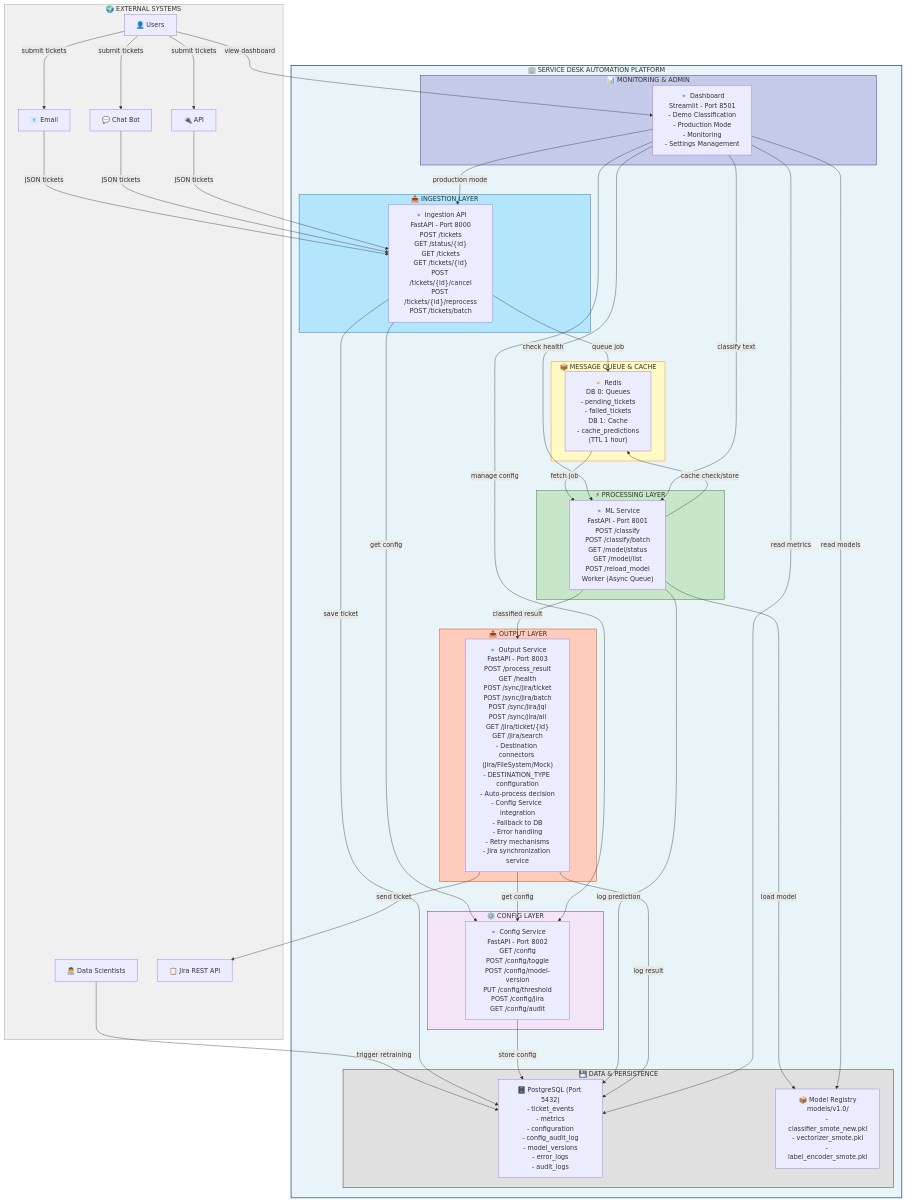
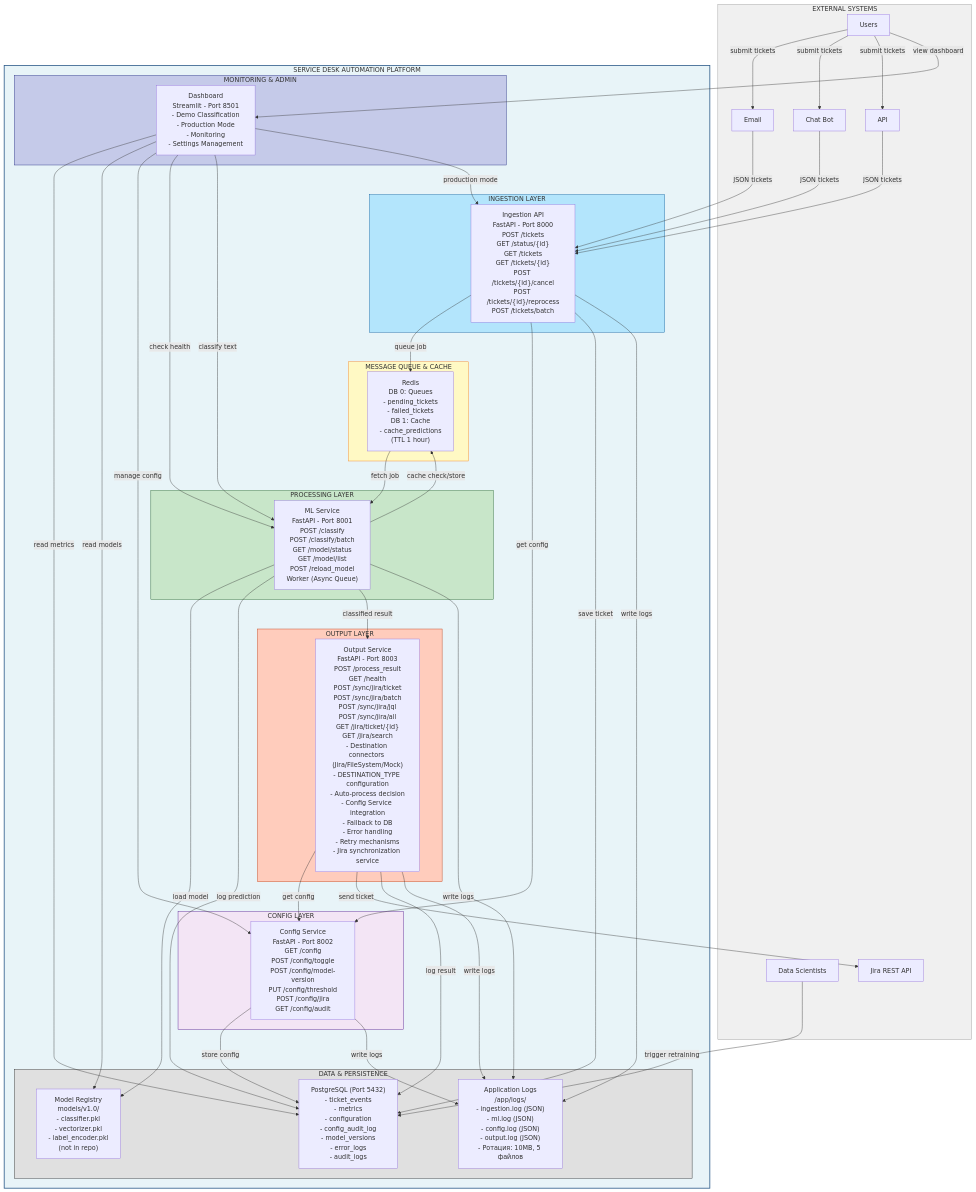
Before and after one commit to JungleAll/service-desk-classifier: the first of 6 diagrams in ARCHITECTURE.md, drawn with Mermaid. The commit also changed other lines of this file and 49 other files, not shown here.

Commit message:
Initial commit: ML platform for Service Desk ticket classification

````diff
--- a/ARCHITECTURE.md
+++ b/ARCHITECTURE.md
@@ -12,42 +11,43 @@
 ```mermaid
 graph TB
-    subgraph External["🌍 EXTERNAL SYSTEMS"]
-        Users["👤 Users"]
-        DataScientists["👨‍💻 Data Scientists"]
-        EmailSource["📧 Email"]
-        ChatSource["💬 Chat Bot"]
-        APISource["🔌 API"]
-        JiraSystem["📋 Jira REST API"]
+    subgraph External["EXTERNAL SYSTEMS"]
+        Users["Users"]
+        DataScientists["Data Scientists"]
+        EmailSource["Email"]
+        ChatSource["Chat Bot"]
+        APISource["API"]
+        JiraSystem["Jira REST API"]
     end
     
-    subgraph System["🏢 SERVICE DESK AUTOMATION PLATFORM"]
-        subgraph Ingestion["📥 INGESTION LAYER"]
-            IngestionAPI["🔹 Ingestion API<br/>FastAPI - Port 8000<br/>POST /tickets<br/>GET /status/{id}<br/>GET /tickets<br/>GET /tickets/{id}<br/>POST /tickets/{id}/cancel<br/>POST /tickets/{id}/reprocess<br/>POST /tickets/batch"]
+    subgraph System["SERVICE DESK AUTOMATION PLATFORM"]
+        subgraph Ingestion["INGESTION LAYER"]
+            IngestionAPI["Ingestion API<br/>FastAPI - Port 8000<br/>POST /tickets<br/>GET /status/{id}<br/>GET /tickets<br/>GET /tickets/{id}<br/>POST /tickets/{id}/cancel<br/>POST /tickets/{id}/reprocess<br/>POST /tickets/batch"]
         end
         
-        subgraph Queue["📦 MESSAGE QUEUE & CACHE"]
-            Redis["🔸 Redis<br/>DB 0: Queues<br/>- pending_tickets<br/>- failed_tickets<br/>DB 1: Cache<br/>- cache_predictions<br/>(TTL 1 hour)"]
+        subgraph Queue["MESSAGE QUEUE & CACHE"]
+            Redis["Redis<br/>DB 0: Queues<br/>- pending_tickets<br/>- failed_tickets<br/>DB 1: Cache<br/>- cache_predictions<br/>(TTL 1 hour)"]
         end
         
-        subgraph Config["⚙️ CONFIG LAYER"]
-            ConfigAPI["🔹 Config Service<br/>FastAPI - Port 8002<br/>GET /config<br/>POST /config/toggle<br/>POST /config/model-version<br/>PUT /config/threshold<br/>POST /config/jira<br/>GET /config/audit"]
+        subgraph Config["CONFIG LAYER"]
+            ConfigAPI["Config Service<br/>FastAPI - Port 8002<br/>GET /config<br/>POST /config/toggle<br/>POST /config/model-version<br/>PUT /config/threshold<br/>POST /config/jira<br/>GET /config/audit"]
         end
         
-        subgraph Processing["⚡ PROCESSING LAYER"]
-            MLService["🔹 ML Service<br/>FastAPI - Port 8001<br/>POST /classify<br/>POST /classify/batch<br/>GET /model/status<br/>GET /model/list<br/>POST /reload_model<br/>Worker (Async Queue)"]
+        subgraph Processing["PROCESSING LAYER"]
+            MLService["ML Service<br/>FastAPI - Port 8001<br/>POST /classify<br/>POST /classify/batch<br/>GET /model/status<br/>GET /model/list<br/>POST /reload_model<br/>Worker (Async Queue)"]
         end
         
-        subgraph Output["📤 OUTPUT LAYER"]
-            OutputService["🔹 Output Service<br/>FastAPI - Port 8003<br/>POST /process_result<br/>GET /health<br/>POST /sync/jira/ticket<br/>POST /sync/jira/batch<br/>POST /sync/jira/jql<br/>POST /sync/jira/all<br/>GET /jira/ticket/{id}<br/>GET /jira/search<br/>- Destination connectors (Jira/FileSystem/Mock)<br/>- DESTINATION_TYPE configuration<br/>- Auto-process decision<br/>- Config Service integration<br/>- Fallback to DB<br/>- Error handling<br/>- Retry mechanisms<br/>- Jira synchronization service"]
+        subgraph Output["OUTPUT LAYER"]
+            OutputService["Output Service<br/>FastAPI - Port 8003<br/>POST /process_result<br/>GET /health<br/>POST /sync/jira/ticket<br/>POST /sync/jira/batch<br/>POST /sync/jira/jql<br/>POST /sync/jira/all<br/>GET /jira/ticket/{id}<br/>GET /jira/search<br/>- Destination connectors (Jira/FileSystem/Mock)<br/>- DESTINATION_TYPE configuration<br/>- Auto-process decision<br/>- Config Service integration<br/>- Fallback to DB<br/>- Error handling<br/>- Retry mechanisms<br/>- Jira synchronization service"]
         end
         
-        subgraph Data["💾 DATA & PERSISTENCE"]
-            PostgreSQL["🗄️ PostgreSQL (Port 5432)<br/>- ticket_events<br/>- metrics<br/>- configuration<br/>- config_audit_log<br/>- model_versions<br/>- error_logs<br/>- audit_logs"]
-            ModelRegistry["📦 Model Registry<br/>models/v1.0/<br/>- classifier_smote_new.pkl<br/>- vectorizer_smote.pkl<br/>- label_encoder_smote.pkl"]
+        subgraph Data["DATA & PERSISTENCE"]
+            PostgreSQL["PostgreSQL (Port 5432)<br/>- ticket_events<br/>- metrics<br/>- configuration<br/>- config_audit_log<br/>- model_versions<br/>- error_logs<br/>- audit_logs"]
+            ModelRegistry["Model Registry<br/>models/v1.0/<br/>- classifier.pkl<br/>- vectorizer.pkl<br/>- label_encoder.pkl<br/>(not in repo)"]
+            LogFiles["Application Logs<br/>/app/logs/<br/>- ingestion.log (JSON)<br/>- ml.log (JSON)<br/>- config.log (JSON)<br/>- output.log (JSON)<br/>- Ротация: 10MB, 5 файлов"]
         end
         
-        subgraph Monitoring["📊 MONITORING & ADMIN"]
-            Dashboard["🔹 Dashboard<br/>Streamlit - Port 8501<br/>- Demo Classification<br/>- Production Mode<br/>- Monitoring<br/>- Settings Management"]
+        subgraph Monitoring["MONITORING & ADMIN"]
+            Dashboard["Dashboard<br/>Streamlit - Port 8501<br/>- Demo Classification<br/>- Production Mode<br/>- Monitoring<br/>- Settings Management"]
         end
     end
     
@@ -85,6 +85,12 @@
     Dashboard -->|classify text| MLService
     Dashboard -->|production mode| IngestionAPI
     
+    %% Logging
+    IngestionAPI -->|write logs| LogFiles
+    MLService -->|write logs| LogFiles
+    ConfigAPI -->|write logs| LogFiles
+    OutputService -->|write logs| LogFiles
+    
     style System fill:#E8F4F8,stroke:#2E5C8A,stroke-width:2px
     style Ingestion fill:#B3E5FC,stroke:#01579B
     style Queue fill:#FFF9C4,stroke:#F57F17
````
